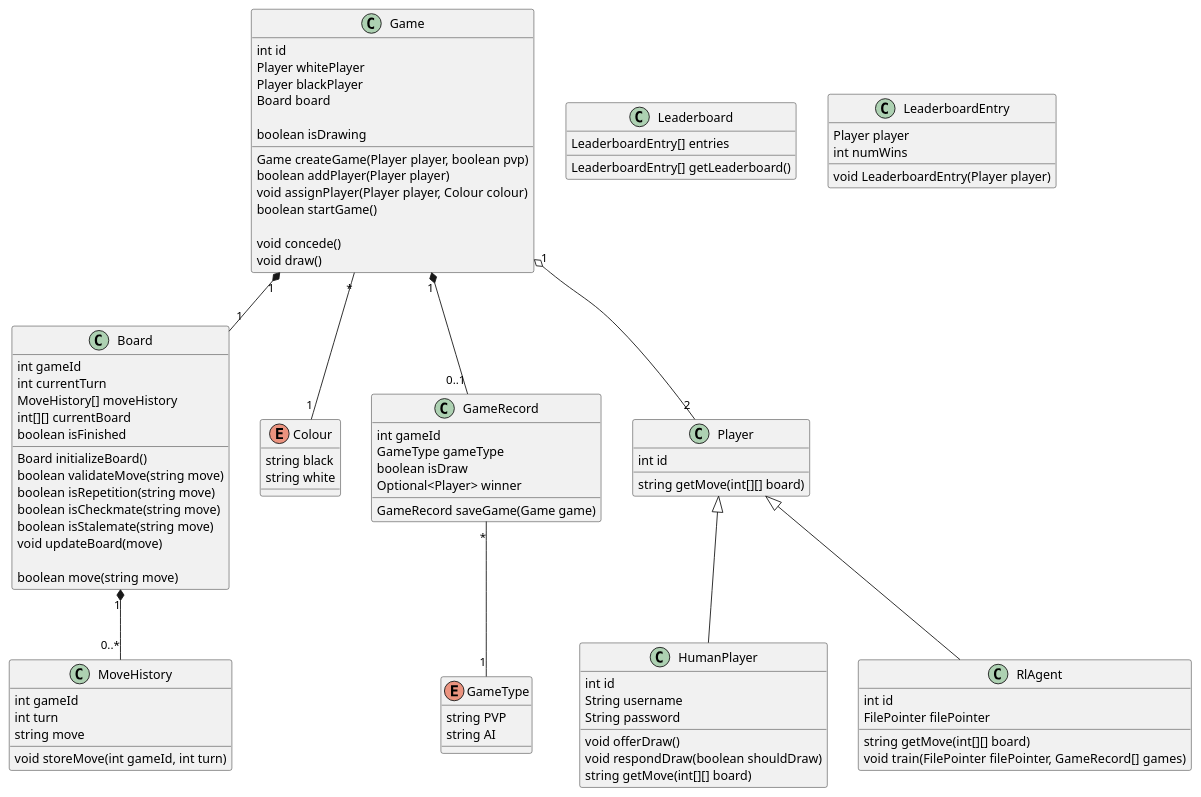
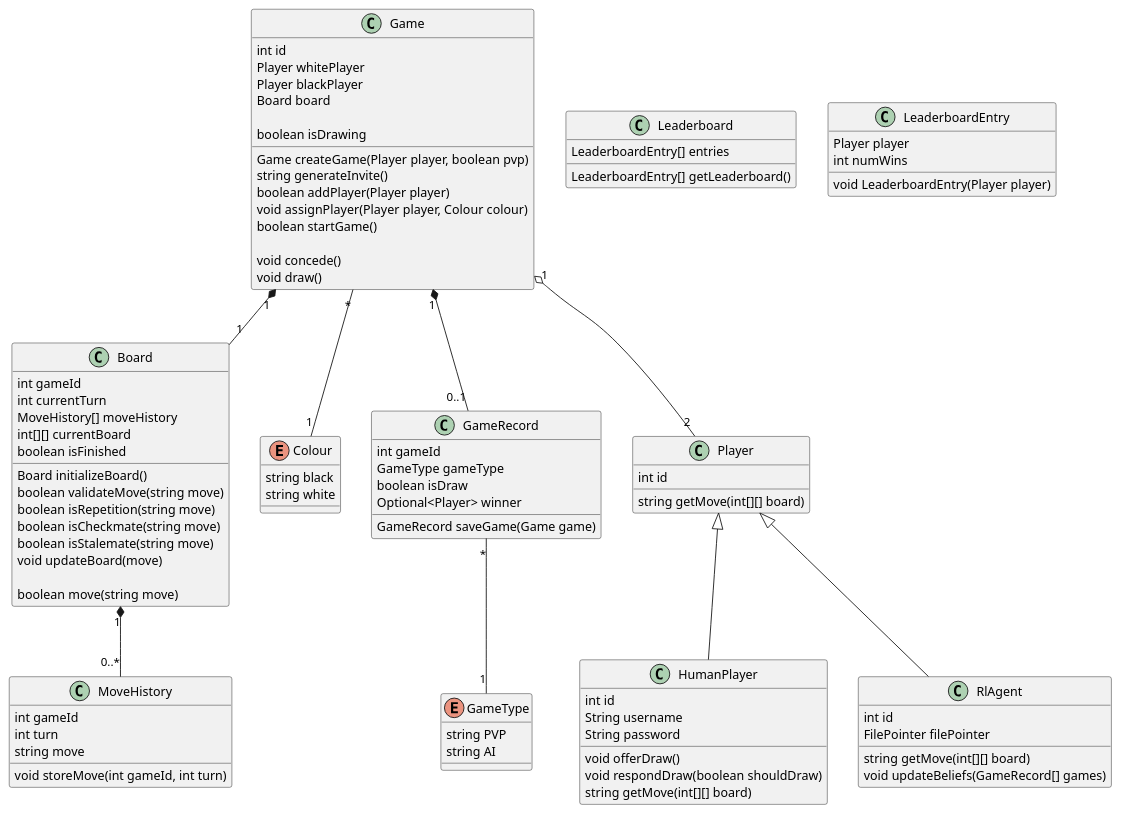
The diagram in docs/preliminary_design_diagrams/classdiagram.puml (ECE493-W22-G04/rl-chess), drawn with PlantUML before and after one commit.

Commit message:
update methods to match activity diagram

```diff
--- a/docs/preliminary_design_diagrams/classdiagram.puml
+++ b/docs/preliminary_design_diagrams/classdiagram.puml
@@ -1,116 +1,117 @@
 @startuml Class Diagram
 
 class Board {
   int gameId
   int currentTurn
   MoveHistory[] moveHistory
   int[][] currentBoard
   boolean isFinished
 
   Board initializeBoard()
   boolean validateMove(string move)
   boolean isRepetition(string move)
   boolean isCheckmate(string move)
   boolean isStalemate(string move)
   void updateBoard(move)
 
   boolean move(string move)
 }
 
 class MoveHistory {
   int gameId
   int turn
   string move
 
   void storeMove(int gameId, int turn)
 }
 
 Board "1" *-- "0..*" MoveHistory
 
 class Game {
   int id
   Player whitePlayer
   Player blackPlayer
   Board board
   
   boolean isDrawing
 
   Game createGame(Player player, boolean pvp)
+  string generateInvite()
   boolean addPlayer(Player player)
   void assignPlayer(Player player, Colour colour)
   boolean startGame()
 
   void concede()
   void draw()
 }
 
 enum Colour {
     string black
     string white
 }
 
 Game "*" -- "1" Colour
 
 Game "1" *-- "1" Board
 
 class GameRecord {
   int gameId
   GameType gameType
   boolean isDraw
   Optional<Player> winner
   
   GameRecord saveGame(Game game)
 }
 
 enum GameType {
   string PVP
   string AI
 }
 
 GameRecord "*" -- "1" GameType
 
 class Player {
   int id
 
   string getMove(int[][] board)
 }
 
 class HumanPlayer {
   int id
   String username
   String password
 
   void offerDraw()
   void respondDraw(boolean shouldDraw)
   string getMove(int[][] board)
 }
 
 class RlAgent {
   int id
   FilePointer filePointer
 
   string getMove(int[][] board)
-  void train(FilePointer filePointer, GameRecord[] games)
+  void updateBeliefs(GameRecord[] games)
 }
 
 Game "1" o-- "2" Player
 
 Player <|-- RlAgent
 Player <|-- HumanPlayer
 
 Game "1" *-- "0..1" GameRecord
 
 class Leaderboard {
   LeaderboardEntry[] entries
 
   LeaderboardEntry[] getLeaderboard()
 }
 
 class LeaderboardEntry {
   Player player
   int numWins
 
   void LeaderboardEntry(Player player)
 }
 
 @enduml
```
